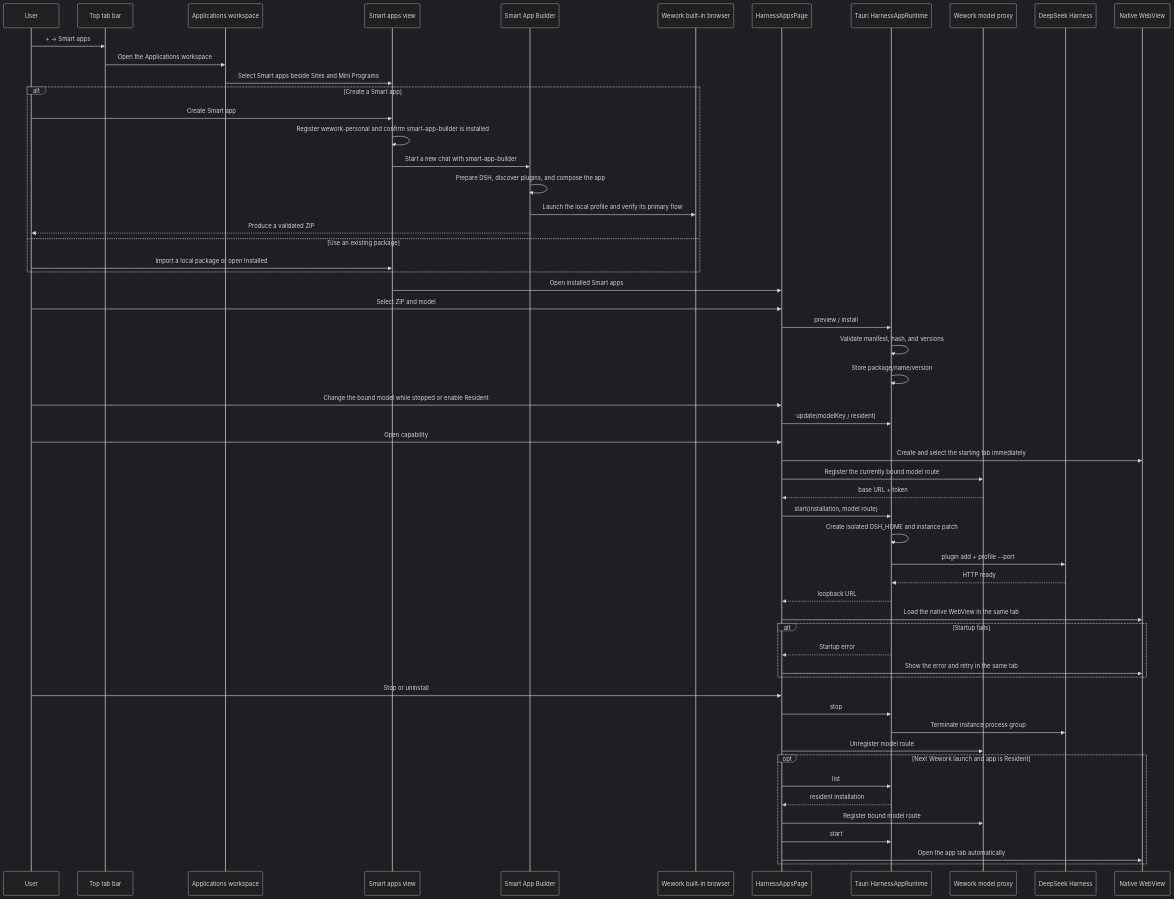
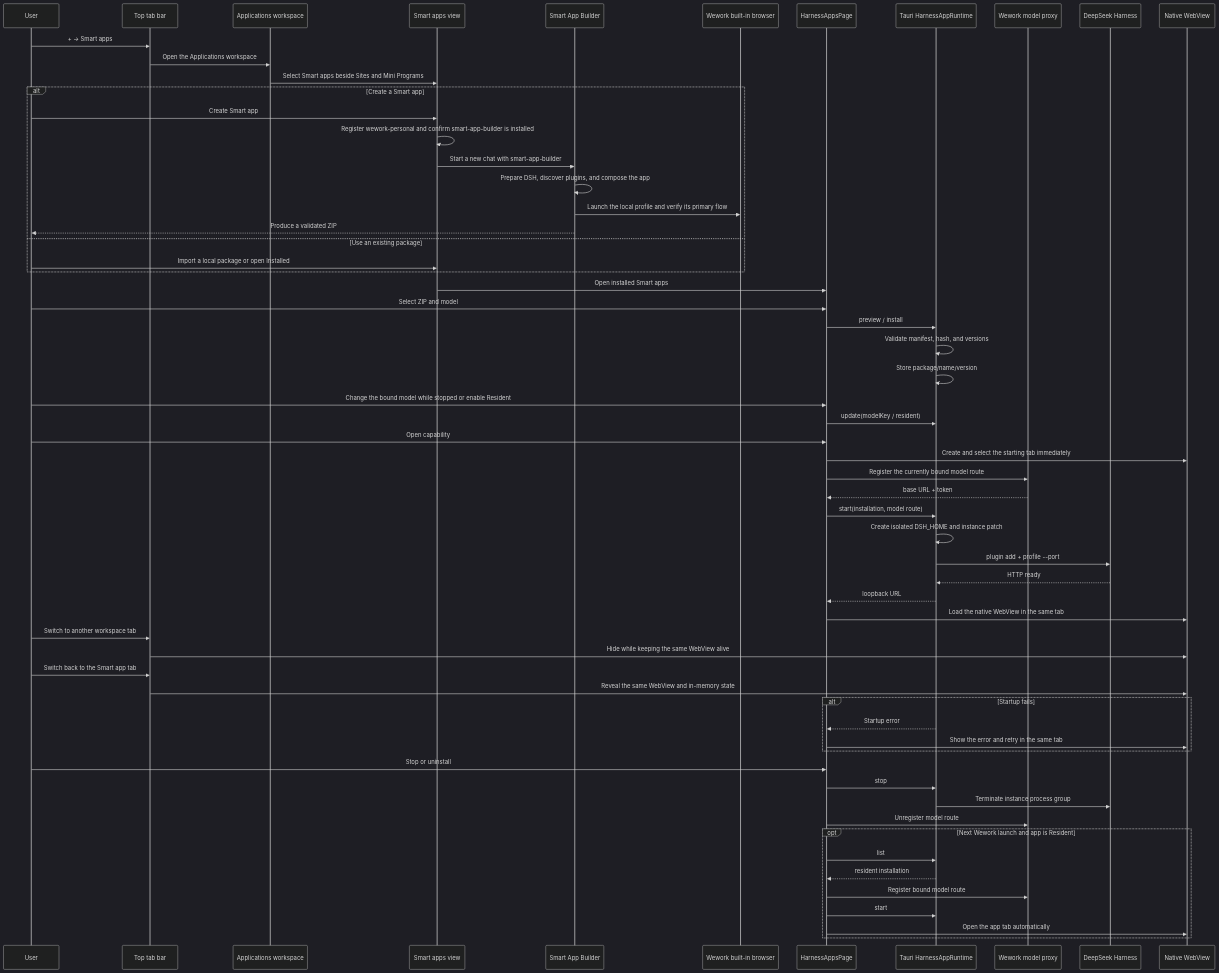
Before and after one commit to wecode-ai/wegent-docs: the second of 2 diagrams in docs/architecture/deepseek-harness-apps.md, drawn with Mermaid (dark theme). The commit also changed other lines of this file and 3 other files, not shown here.

````diff
--- a/docs/architecture/deepseek-harness-apps.md
+++ b/docs/architecture/deepseek-harness-apps.md
@@ -55,61 +57,65 @@
 ```mermaid
 sequenceDiagram
     participant U as User
     participant C as Top tab bar
     participant A as Applications workspace
     participant M as Smart apps view
     participant B as Smart App Builder
     participant WB as Wework built-in browser
     participant UI as HarnessAppsPage
     participant T as Tauri HarnessAppRuntime
     participant P as Wework model proxy
     participant D as DeepSeek Harness
     participant W as Native WebView
 
     U->>C: + → Smart apps
     C->>A: Open the Applications workspace
     A->>M: Select Smart apps beside Sites and Mini Programs
     alt Create a Smart app
         U->>M: Create Smart app
         M->>M: Register wework-personal and confirm smart-app-builder is installed
         M->>B: Start a new chat with smart-app-builder
         B->>B: Prepare DSH, discover plugins, and compose the app
         B->>WB: Launch the local profile and verify its primary flow
         B-->>U: Produce a validated ZIP
     else Use an existing package
         U->>M: Import a local package or open Installed
     end
     M->>UI: Open installed Smart apps
     U->>UI: Select ZIP and model
     UI->>T: preview / install
     T->>T: Validate manifest, hash, and versions
     T->>T: Store package/name/version
     U->>UI: Change the bound model while stopped or enable Resident
     UI->>T: update(modelKey / resident)
     U->>UI: Open capability
     UI->>W: Create and select the starting tab immediately
     UI->>P: Register the currently bound model route
     P-->>UI: base URL + token
     UI->>T: start(installation, model route)
     T->>T: Create isolated DSH_HOME and instance patch
     T->>D: plugin add + profile --port
     D-->>T: HTTP ready
     T-->>UI: loopback URL
     UI->>W: Load the native WebView in the same tab
+    U->>C: Switch to another workspace tab
+    C->>W: Hide while keeping the same WebView alive
+    U->>C: Switch back to the Smart app tab
+    C->>W: Reveal the same WebView and in-memory state
     alt Startup fails
         T-->>UI: Startup error
         UI->>W: Show the error and retry in the same tab
     end
     U->>UI: Stop or uninstall
     UI->>T: stop
     T->>D: Terminate instance process group
     UI->>P: Unregister model route
 
     opt Next Wework launch and app is Resident
         UI->>T: list
         T-->>UI: resident installation
         UI->>P: Register bound model route
         UI->>T: start
         UI->>W: Open the app tab automatically
     end
 ```
````
